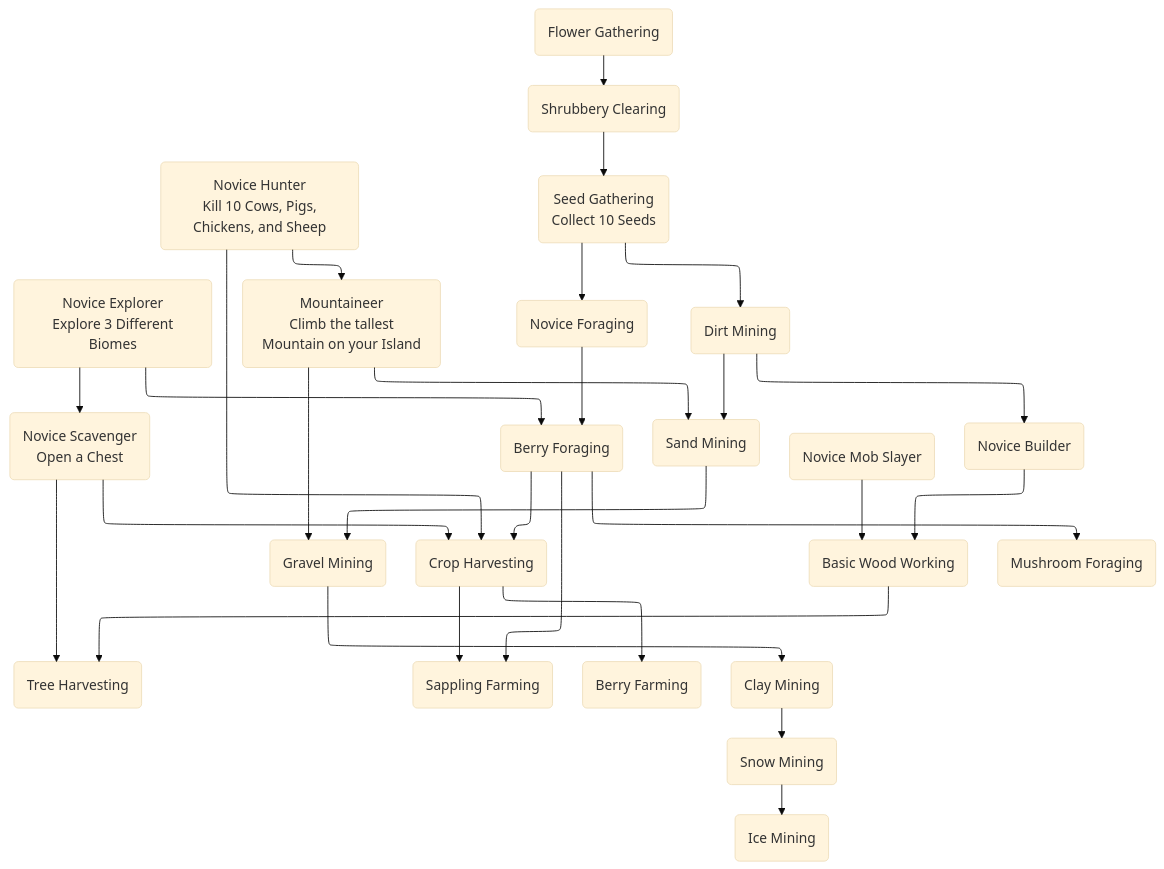
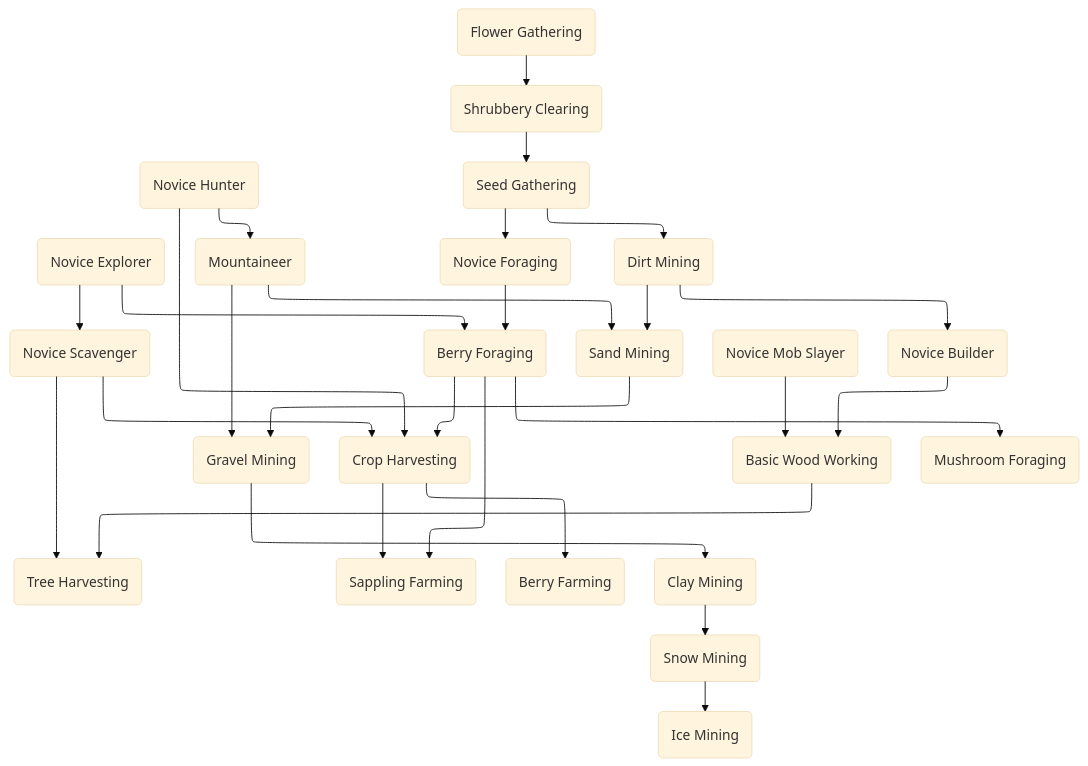
The diagram in Design-Documents/Advancement-Tree.md (PolarisVoid/The-Voyage), drawn with Mermaid (base theme) before and after one commit.

````diff
--- a/Design-Documents/Advancement-Tree.md
+++ b/Design-Documents/Advancement-Tree.md
@@ -1,77 +1,77 @@
 ```mermaid
 %%{init: {"flowchart": {"defaultRenderer": "elk"}} }%%
 flowchart TD
   
-  Novice-Explorer(Novice Explorer\n Explore 3 Different Biomes)
+  Novice-Explorer(Novice Explorer)
   Novice-Explorer-->Novice-Scavenger & Berry-Foraging
   
-  Mountaineer(Mountaineer\n Climb the tallest Mountain on your Island)
+  Mountaineer(Mountaineer)
   Mountaineer-->Sand-Mining & Gravel-Mining
   
-  Novice-Scavenger(Novice Scavenger\n Open a Chest)
+  Novice-Scavenger(Novice Scavenger)
   Novice-Scavenger-->Crop-Harvesting & Tree-Harvesting
   
 
 
 
-  Novice-Hunter(Novice Hunter\n Kill 10 Cows, Pigs, Chickens, and Sheep)
+  Novice-Hunter(Novice Hunter)
   Novice-Hunter-->Mountaineer & Crop-Harvesting
   
   Novice-Mob-Slayer(Novice Mob Slayer)
   Novice-Mob-Slayer-->Basic-Wood-Working
 
 
 
   Novice-Builder(Novice Builder)
   Novice-Builder-->Basic-Wood-Working
   Basic-Wood-Working(Basic Wood Working)
 
 
 
-  Flower-Gathering(Flower Gathering\n)
+  Flower-Gathering(Flower Gathering)
   Flower-Gathering-->Shrubbery-Clearing
   
-  Shrubbery-Clearing(Shrubbery Clearing\n)
+  Shrubbery-Clearing(Shrubbery Clearing)
   Shrubbery-Clearing-->Seed-Gathering
   
-  Seed-Gathering(Seed Gathering\n Collect 10 Seeds)
+  Seed-Gathering(Seed Gathering)
   Seed-Gathering-->Novice-Foraging & Dirt-Mining
   
-  Novice-Foraging(Novice Foraging\n)
+  Novice-Foraging(Novice Foraging)
   Novice-Foraging-->Berry-Foraging  
   
-  Berry-Foraging(Berry Foraging\n)
+  Berry-Foraging(Berry Foraging)
   Berry-Foraging-->Crop-Harvesting & Mushroom-Foraging & Sappling-Farming
   
-  Crop-Harvesting(Crop Harvesting\n)
+  Crop-Harvesting(Crop Harvesting)
   Crop-Harvesting-->Berry-Farming & Sappling-Farming
   
-  Mushroom-Foraging(Mushroom Foraging\n)
+  Mushroom-Foraging(Mushroom Foraging)
 
 
 
   Berry-Farming(Berry Farming)
   
-  Sappling-Farming(Sappling Farming\n)
+  Sappling-Farming(Sappling Farming)
 
 
 
-  Dirt-Mining(Dirt Mining\n)
+  Dirt-Mining(Dirt Mining)
   Dirt-Mining-->Sand-Mining & Novice-Builder
   
-  Sand-Mining(Sand Mining\n)
+  Sand-Mining(Sand Mining)
   Sand-Mining-->Gravel-Mining
   
-  Gravel-Mining(Gravel Mining\n)
+  Gravel-Mining(Gravel Mining)
   Gravel-Mining-->Clay-Mining
   
-  Clay-Mining(Clay Mining\n)
+  Clay-Mining(Clay Mining)
   Clay-Mining-->Snow-Mining
   
-  Snow-Mining(Snow Mining\n)
+  Snow-Mining(Snow Mining)
   Snow-Mining-->Ice-Mining
-  Ice-Mining(Ice Mining\n)
+  Ice-Mining(Ice Mining)
   
   Tree-Harvesting(Tree Harvesting)
   Basic-Wood-Working-->Tree-Harvesting
 ```
````
